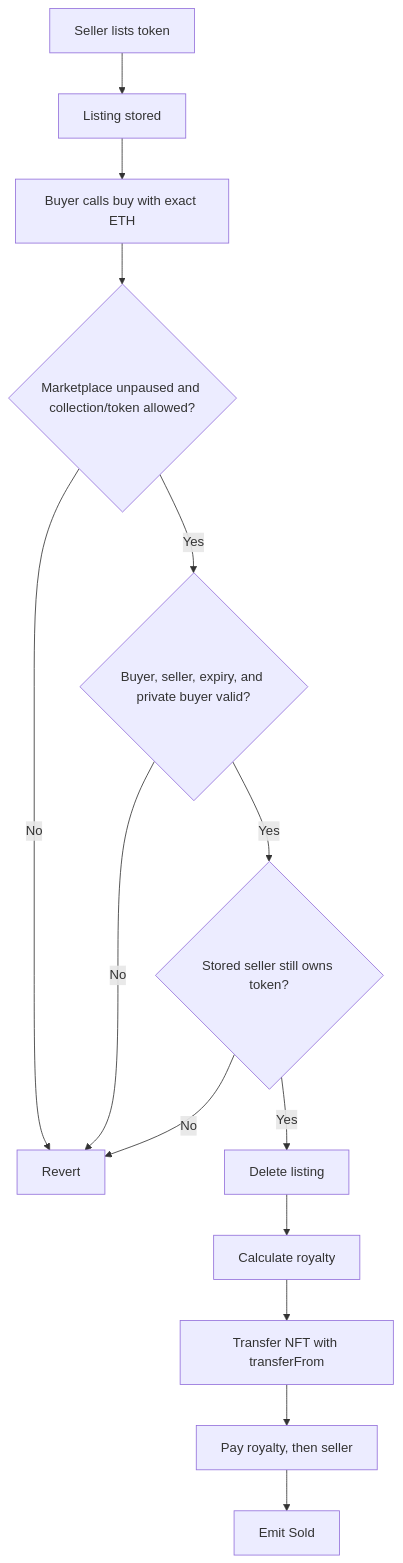
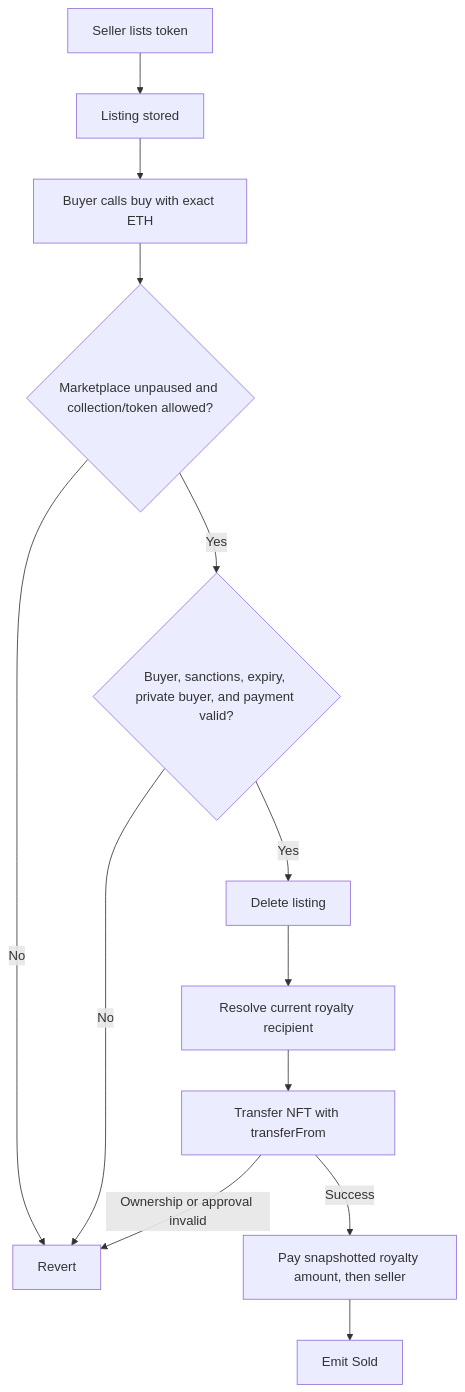
Before and after one commit to mpeyfuss/luci-market: the first of 4 diagrams in README.md, drawn with Mermaid. The commit also changed other lines of this file, not shown here.

````diff
--- a/README.md
+++ b/README.md
@@ -47,16 +47,15 @@
 ```mermaid
 flowchart TD
     A[Seller lists token] --> B[Listing stored]
     B --> C[Buyer calls buy with exact ETH]
     C --> D{Marketplace unpaused and collection/token allowed?}
     D -- No --> X[Revert]
-    D -- Yes --> E{Buyer, seller, expiry, and private buyer valid?}
+    D -- Yes --> E{Buyer, sanctions, expiry, private buyer, and payment valid?}
     E -- No --> X
-    E -- Yes --> F{Stored seller still owns token?}
-    F -- No --> X
-    F -- Yes --> G[Delete listing]
-    G --> H[Calculate royalty]
-    H --> I[Transfer NFT with transferFrom]
-    I --> J[Pay royalty, then seller]
-    J --> K[Emit Sold]
+    E -- Yes --> F[Delete listing]
+    F --> G[Resolve current royalty recipient]
+    G --> H[Transfer NFT with transferFrom]
+    H -- Ownership or approval invalid --> X
+    H -- Success --> I[Pay snapshotted royalty amount, then seller]
+    I --> J[Emit Sold]
 ```
````
